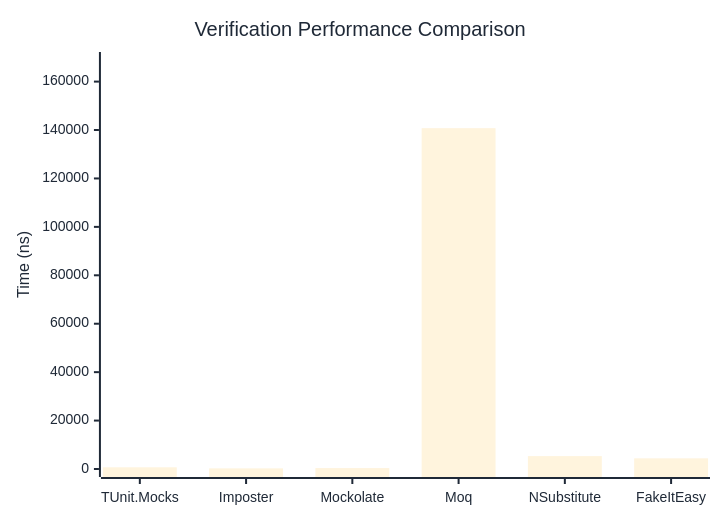
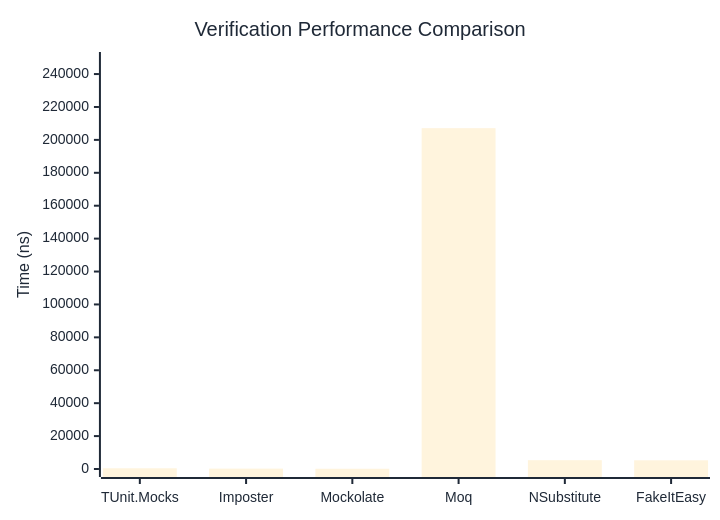
One commit to thomhurst/TUnit changed the first of 3 diagrams in docs/docs/benchmarks/mocks/Verification.md. Above: the diagram before and after it, drawn with Mermaid. The commit also changed other lines of this file and 14 other files, not shown here.

````diff
--- a/docs/docs/benchmarks/mocks/Verification.md
+++ b/docs/docs/benchmarks/mocks/Verification.md
@@ -30,27 +30,27 @@
 ```mermaid
 %%{init: {
   'theme':'base',
   'themeVariables': {
     'primaryColor': '#2563eb',
     'primaryTextColor': '#1f2937',
     'primaryBorderColor': '#1e40af',
     'lineColor': '#6b7280',
     'secondaryColor': '#7c3aed',
     'tertiaryColor': '#dc2626',
     'background': '#ffffff',
     'pie1': '#2563eb',
     'pie2': '#7c3aed',
     'pie3': '#dc2626',
     'pie4': '#f59e0b',
     'pie5': '#10b981',
     'pie6': '#06b6d4',
     'pie7': '#ec4899',
     'pie8': '#6366f1'
   }
 }}%%
 xychart-beta
   title "Verification Performance Comparison"
   x-axis ["TUnit.Mocks", "Imposter", "Mockolate", "Moq", "NSubstitute", "FakeItEasy"]
-  y-axis "Time (ns)" 0 --> 168921
-  bar [696.74, 263.66, 383.15, 140766.88, 5324.56, 4405.16]
+  y-axis "Time (ns)" 0 --> 248544
+  bar [434.57, 230.93, 152.29, 207119.9, 5344.59, 5288.51]
 ```
````
